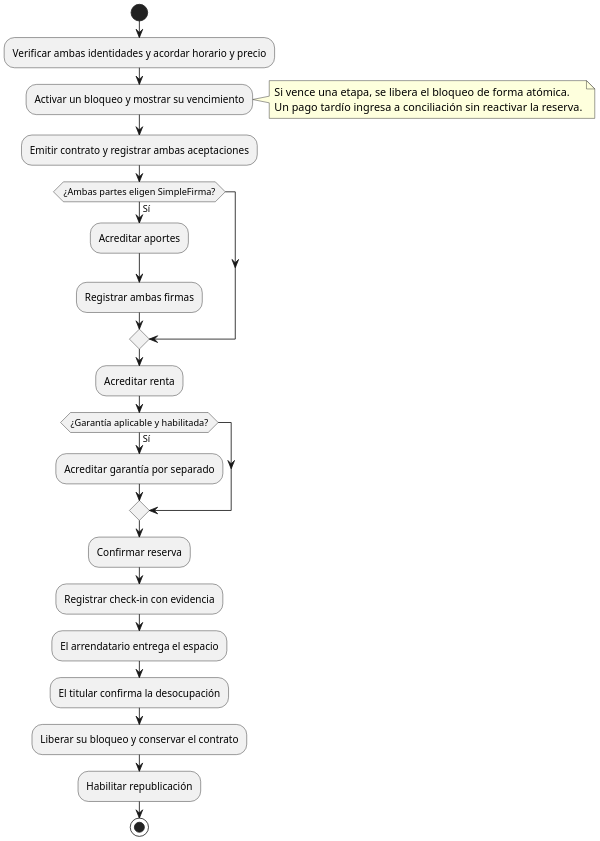
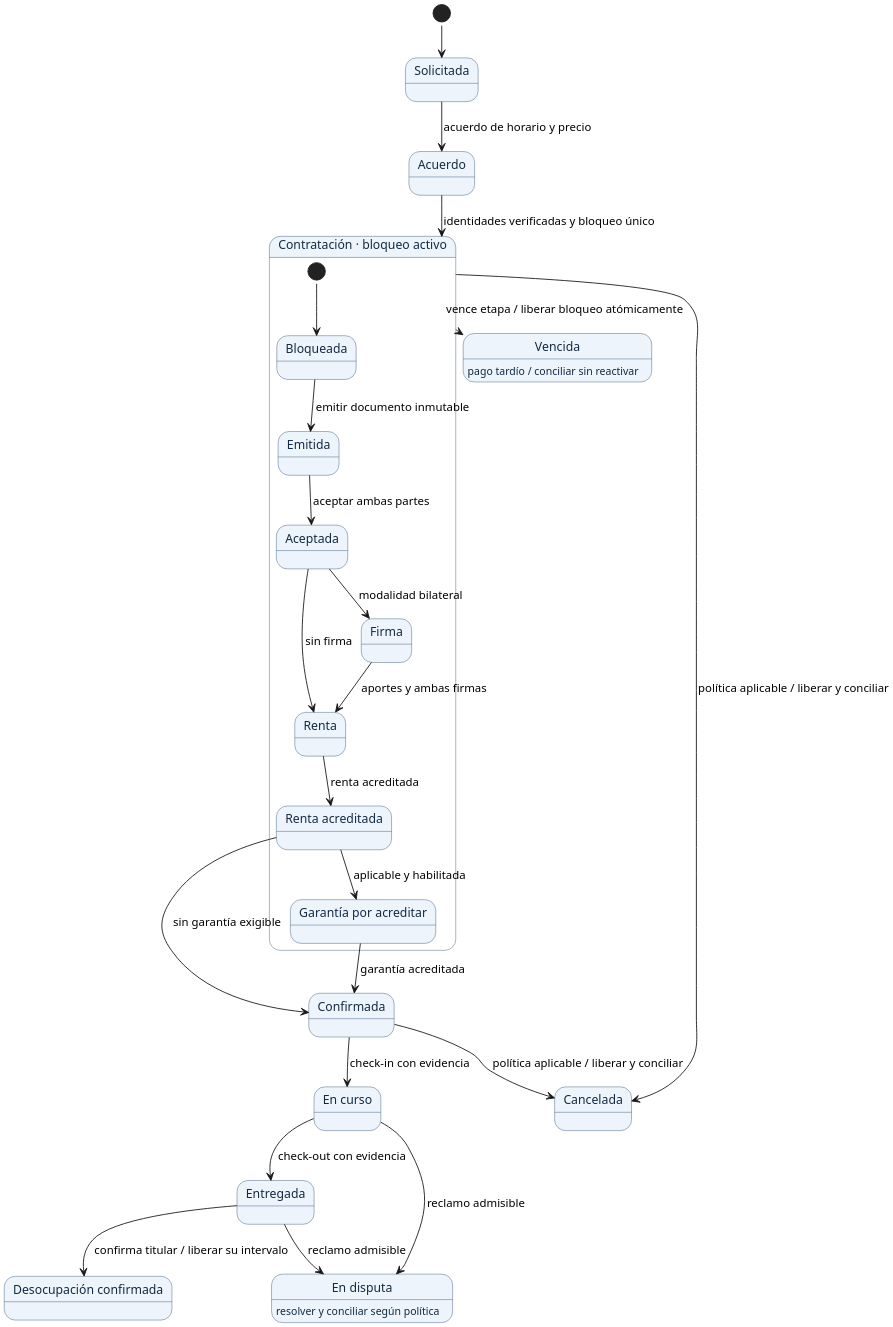
One commit to HernanEspinozaDev/proyectotitulo changed the diagram in tesis_final/assets/diagramas_src/fig09_contratacion_objetivo.puml. Above: the diagram before and after it, drawn with PlantUML. The commit also changed 23 other files, not shown here.

```diff
--- a/tesis_final/assets/diagramas_src/fig09_contratacion_objetivo.puml
+++ b/tesis_final/assets/diagramas_src/fig09_contratacion_objetivo.puml
@@ -1,27 +1,40 @@
 @startuml
+!pragma layout smetana
+skinparam dpi 200
 skinparam shadowing false
-skinparam dpi 190
-start
-:Verificar ambas identidades y acordar horario y precio;
-:Activar un bloqueo y mostrar su vencimiento;
-note right
-  Si vence una etapa, se libera el bloqueo de forma atómica.
-  Un pago tardío ingresa a conciliación sin reactivar la reserva.
-end note
-:Emitir contrato y registrar ambas aceptaciones;
-if (¿Ambas partes eligen SimpleFirma?) then (Sí)
-  :Acreditar aportes;
-  :Registrar ambas firmas;
-endif
-:Acreditar renta;
-if (¿Garantía aplicable y habilitada?) then (Sí)
-  :Acreditar garantía por separado;
-endif
-:Confirmar reserva;
-:Registrar check-in con evidencia;
-:El arrendatario entrega el espacio;
-:El titular confirma la desocupación;
-:Liberar su bloqueo y conservar el contrato;
-:Habilitar republicación;
-stop
+skinparam state {
+  BackgroundColor #EDF4FC
+  BorderColor #345575
+  FontColor #132A43
+}
+[*] --> Solicitada
+Solicitada --> Acuerdo : acuerdo de horario y precio
+Acuerdo --> Contratacion : identidades verificadas y bloqueo único
+state "Contratación · bloqueo activo" as Contratacion {
+  [*] --> Bloqueada
+  Bloqueada --> Emitida : emitir documento inmutable
+  Emitida --> Aceptada : aceptar ambas partes
+  Aceptada --> Renta : sin firma
+  Aceptada --> Firma : modalidad bilateral
+  Firma --> Renta : aportes y ambas firmas
+  Renta --> Cobros : renta acreditada
+  Cobros --> Garantia : aplicable y habilitada
+  state "Garantía por acreditar" as Garantia
+  state "Renta acreditada" as Cobros
+}
+Contratacion --> Vencida : vence etapa / liberar bloqueo atómicamente
+Vencida : pago tardío / conciliar sin reactivar
+Cobros --> Confirmada : sin garantía exigible
+Garantia --> Confirmada : garantía acreditada
+Contratacion --> Cancelada : política aplicable / liberar y conciliar
+Confirmada --> Cancelada : política aplicable / liberar y conciliar
+Confirmada --> EnCurso : check-in con evidencia
+state "En curso" as EnCurso
+EnCurso --> Entregada : check-out con evidencia
+Entregada --> Desocupada : confirma titular / liberar su intervalo
+state "Desocupación confirmada" as Desocupada
+EnCurso --> Disputa : reclamo admisible
+Entregada --> Disputa : reclamo admisible
+state "En disputa" as Disputa
+Disputa : resolver y conciliar según política
 @enduml
```
